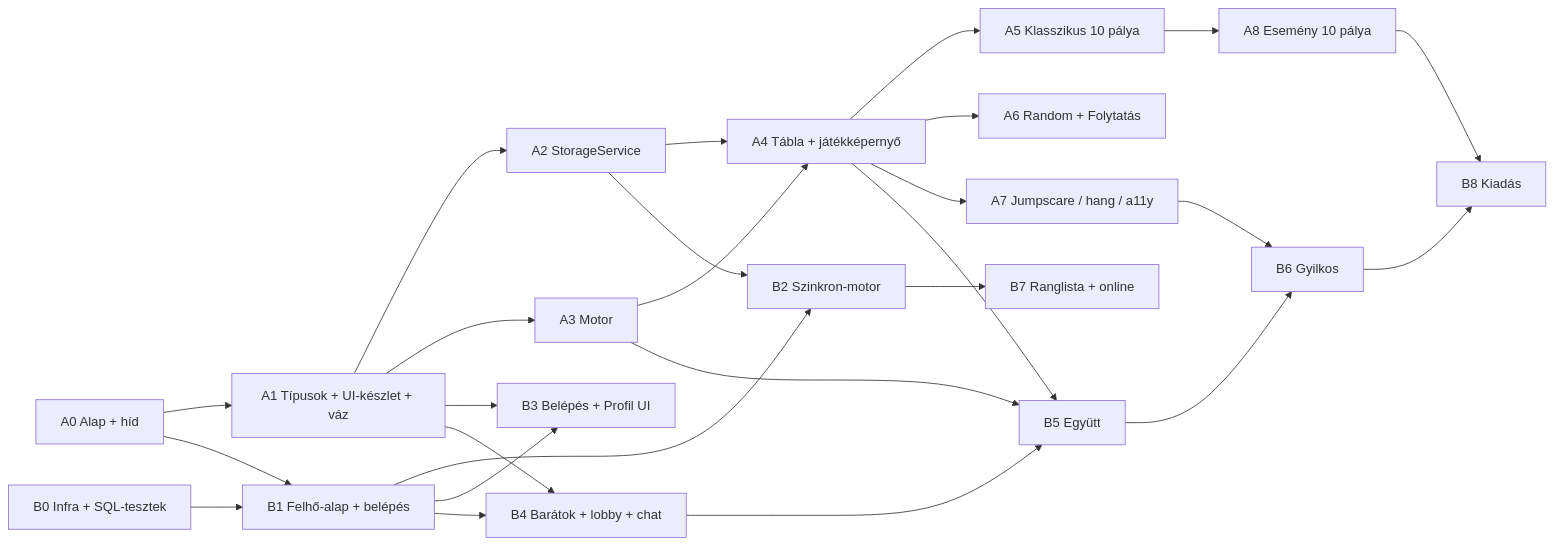
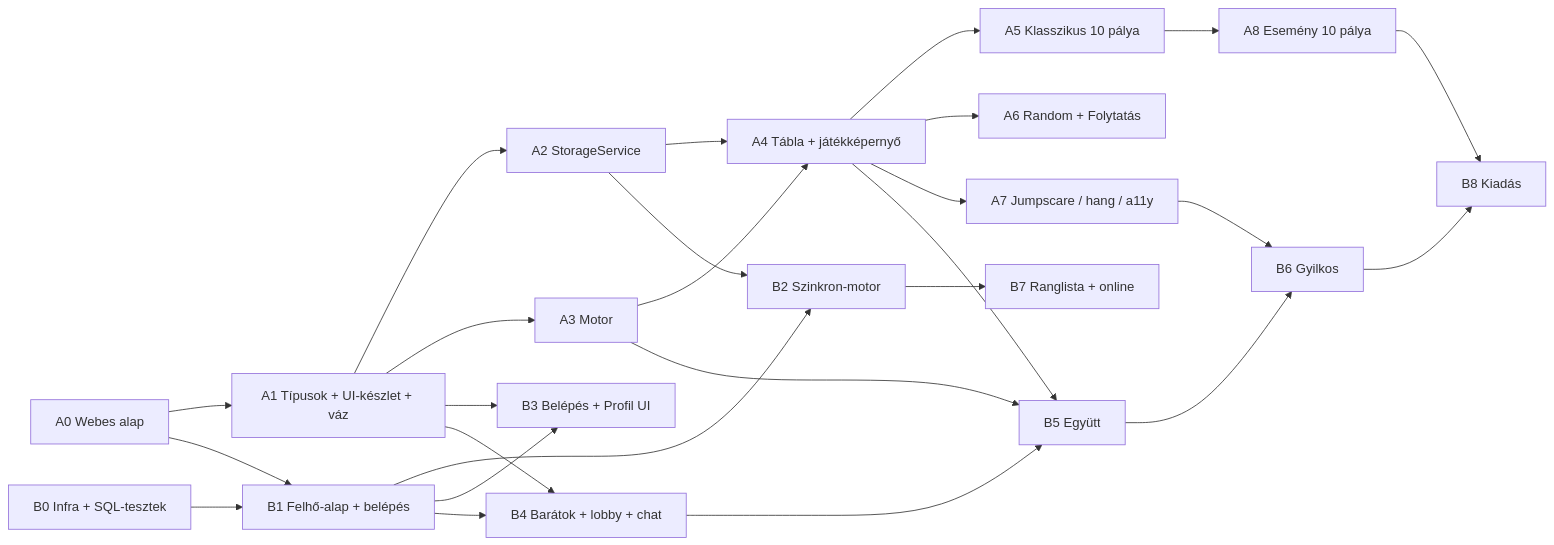
Before and after one commit to CsikSzabi04/horrordoku: the diagram in docs/AI_SPLIT.md, drawn with Mermaid. The commit also changed other lines of this file and 30 other files, not shown here.

````diff
--- a/docs/AI_SPLIT.md
+++ b/docs/AI_SPLIT.md
@@ -66,28 +65,28 @@
 ```mermaid
 flowchart LR
-  A0[A0 Alap + híd] --> A1[A1 Típusok + UI-készlet + váz]
+  A0[A0 Webes alap] --> A1[A1 Típusok + UI-készlet + váz]
   A1 --> A2[A2 StorageService]
   A1 --> A3[A3 Motor]
   A2 --> A4[A4 Tábla + játékképernyő]
   A3 --> A4
   A4 --> A5[A5 Klasszikus 10 pálya]
   A4 --> A6[A6 Random + Folytatás]
   A4 --> A7[A7 Jumpscare / hang / a11y]
   A5 --> A8[A8 Esemény 10 pálya]
   B0[B0 Infra + SQL-tesztek] --> B1[B1 Felhő-alap + belépés]
   A0 --> B1
   B1 --> B2[B2 Szinkron-motor]
   A2 --> B2
   A1 --> B3[B3 Belépés + Profil UI]
   B1 --> B3
   B1 --> B4[B4 Barátok + lobby + chat]
   A1 --> B4
   B4 --> B5[B5 Együtt]
   A3 --> B5
   A4 --> B5
   B5 --> B6[B6 Gyilkos]
   A7 --> B6
   B2 --> B7[B7 Ranglista + online]
   A8 --> B8[B8 Kiadás]
   B6 --> B8
 ```
````
